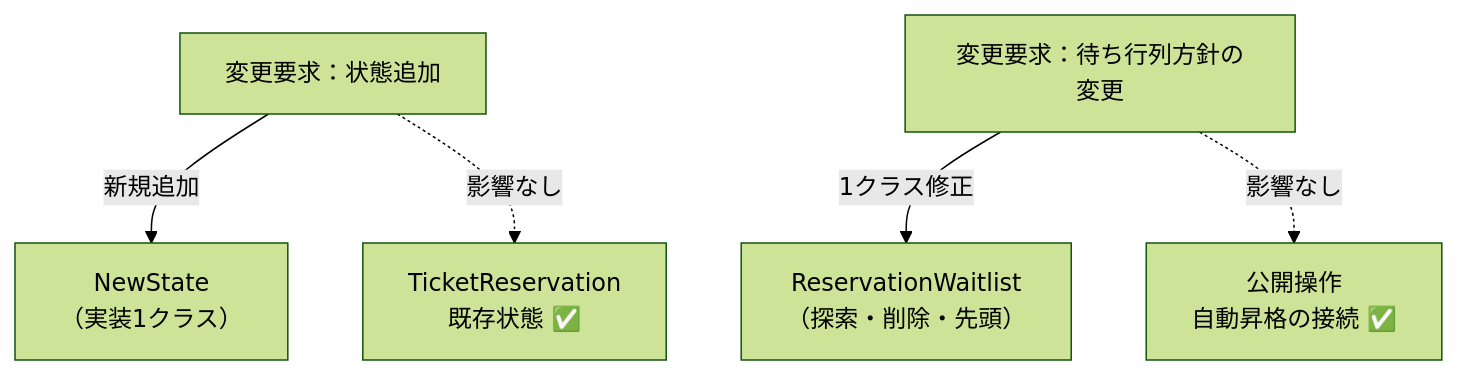
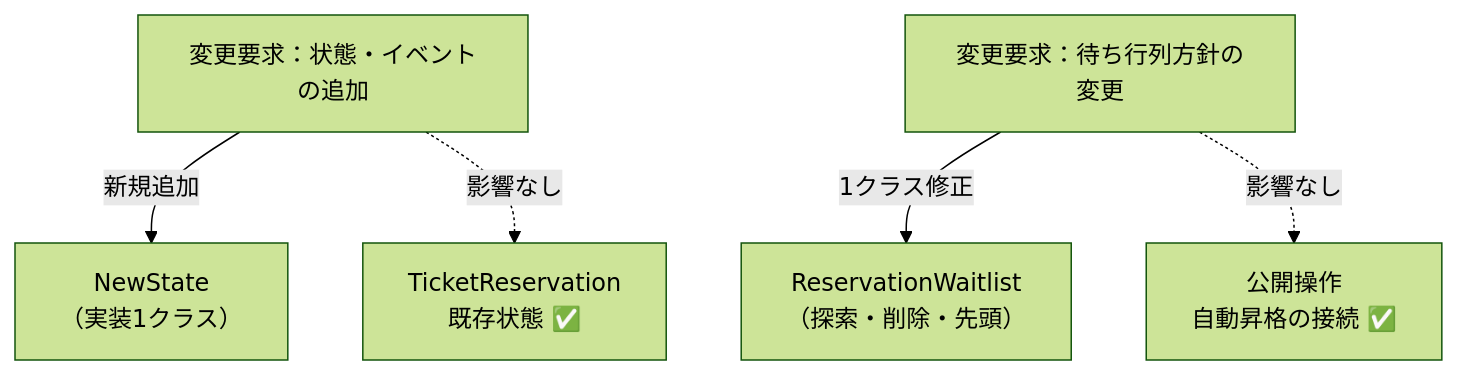
Diagram 15 of 18 in kindle/design-patterns/books/volume01-core-patterns/output/04-chapter02.md (kumachan1101-pixel/DesignPattern), drawn with Mermaid (forest theme) before and after one commit. The commit also changed other lines of this file and 5 other files, not shown here.

````diff
--- a/kindle/design-patterns/books/volume01-core-patterns/output/04-chapter02.md
+++ b/kindle/design-patterns/books/volume01-core-patterns/output/04-chapter02.md
@@ -2969,9 +2969,9 @@
 ```mermaid
 graph TD
-    T1["変更要求：状態追加"]
+    T1["変更要求：状態・イベントの追加"]
         -->|新規追加| N1["NewState<br>（実装1クラス）"]
     T2["変更要求：待ち行列方針の変更"]
         -->|1クラス修正| N2["ReservationWaitlist<br>（探索・削除・先頭）"]
     T1 -. "影響なし" .-> A["TicketReservation<br>既存状態 ✅"]
     T2 -. "影響なし" .-> B["公開操作<br>自動昇格の接続 ✅"]
 ```
````
